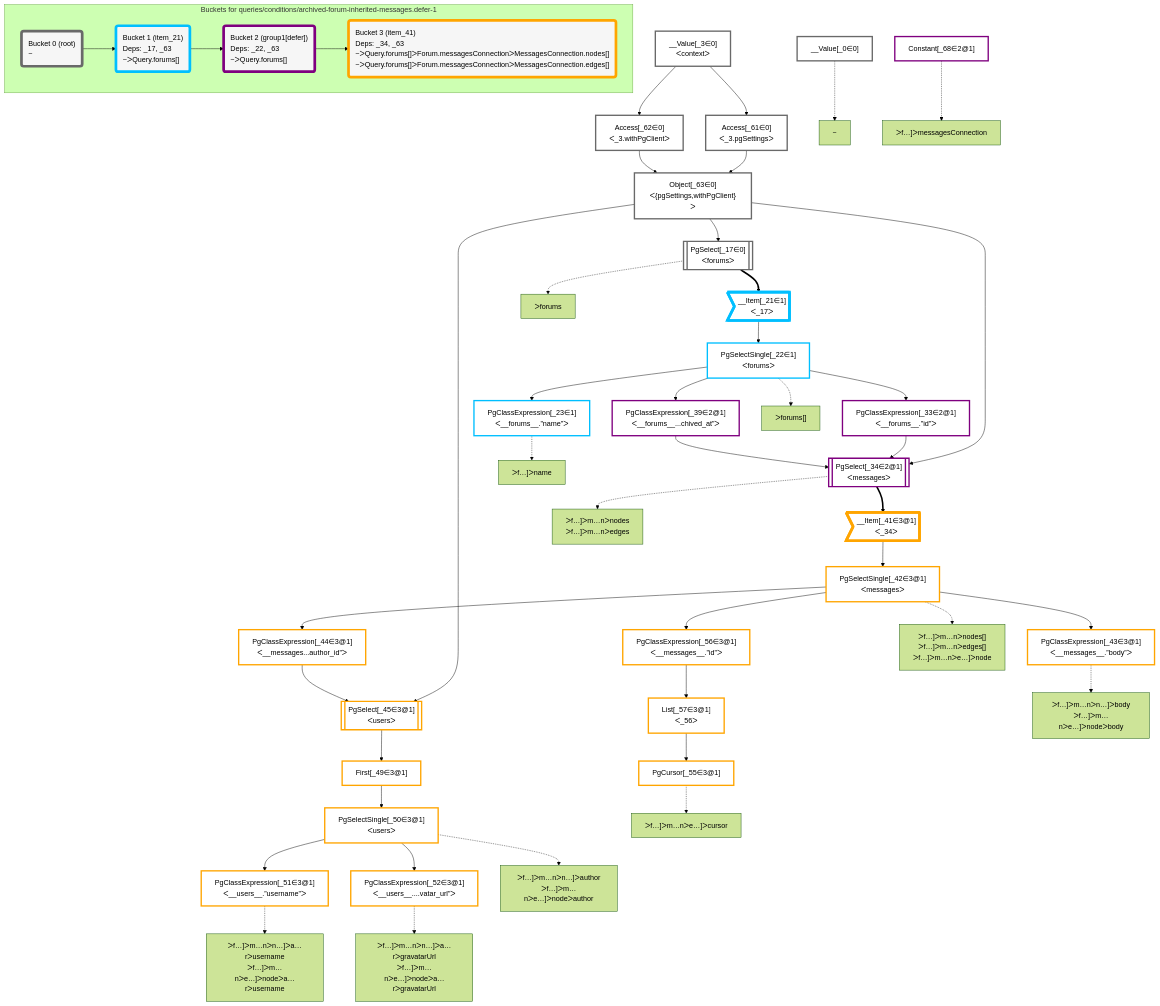
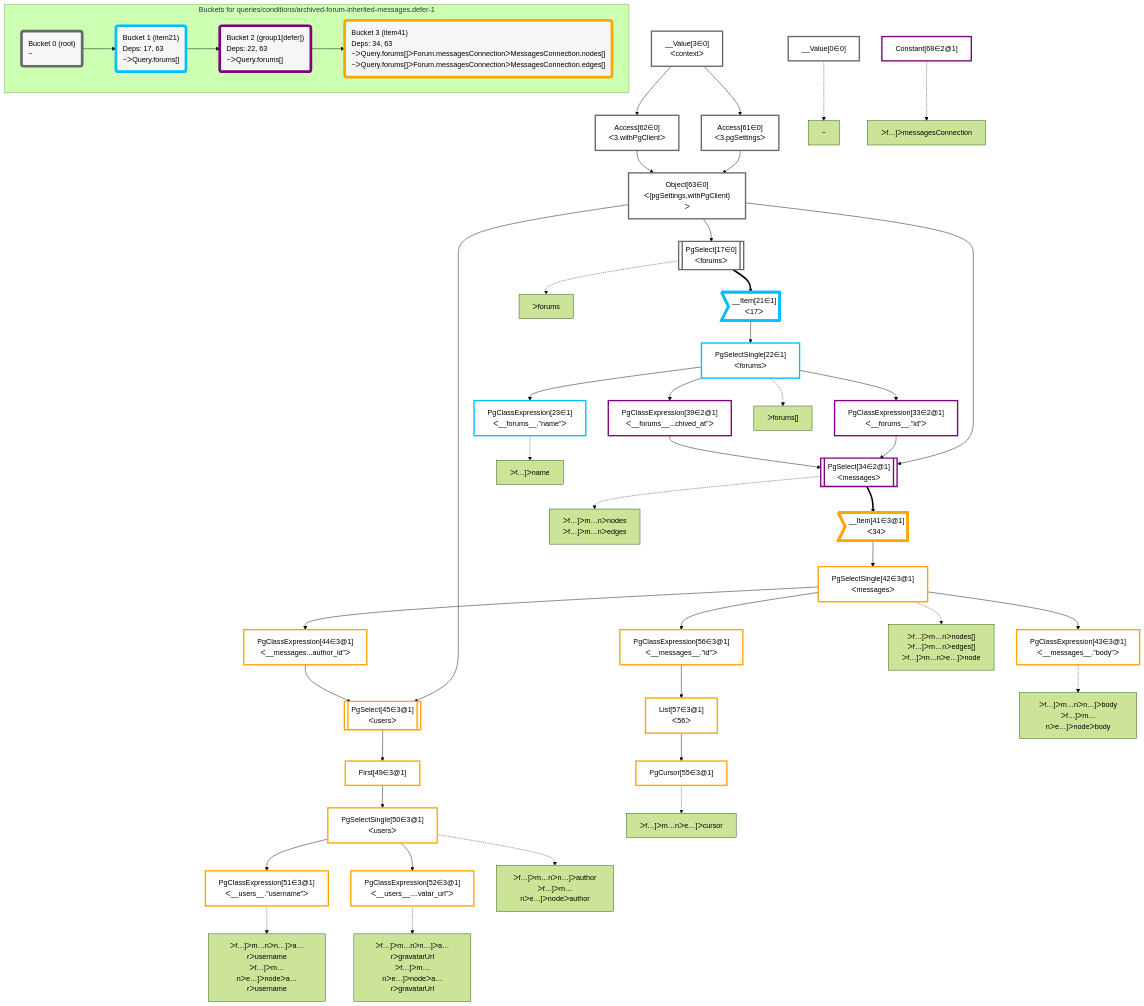
Before and after one commit to graphile/crystal: the diagram in packages/dataplan-pg/__tests__/queries/conditions/archived-forum-inherited-messages.defer-1.deopt.mermaid.md, drawn with Mermaid (forest theme). The commit also changed 195 other files, not shown here.

```diff
--- a/packages/dataplan-pg/__tests__/queries/conditions/archived-forum-inherited-messages.defer-1.deopt.mermaid.md
+++ b/packages/dataplan-pg/__tests__/queries/conditions/archived-forum-inherited-messages.defer-1.deopt.mermaid.md
@@ -8,95 +8,95 @@
 
 
     %% define plans
-    __Value_0["__Value[_0∈0]"]:::plan
-    PgClassExpression_23["PgClassExpression[_23∈1]<br />ᐸ__forums__.”name”ᐳ"]:::plan
-    PgClassExpression_43["PgClassExpression[_43∈3@1]<br />ᐸ__messages__.”body”ᐳ"]:::plan
-    PgClassExpression_51["PgClassExpression[_51∈3@1]<br />ᐸ__users__.”username”ᐳ"]:::plan
-    PgClassExpression_52["PgClassExpression[_52∈3@1]<br />ᐸ__users__....vatar_url”ᐳ"]:::plan
-    PgSelectSingle_50["PgSelectSingle[_50∈3@1]<br />ᐸusersᐳ"]:::plan
-    First_49["First[_49∈3@1]"]:::plan
-    PgSelect_45[["PgSelect[_45∈3@1]<br />ᐸusersᐳ"]]:::plan
-    PgClassExpression_44["PgClassExpression[_44∈3@1]<br />ᐸ__messages...author_id”ᐳ"]:::plan
-    PgCursor_55["PgCursor[_55∈3@1]"]:::plan
-    List_57["List[_57∈3@1]<br />ᐸ_56ᐳ"]:::plan
-    PgClassExpression_56["PgClassExpression[_56∈3@1]<br />ᐸ__messages__.”id”ᐳ"]:::plan
-    PgSelectSingle_42["PgSelectSingle[_42∈3@1]<br />ᐸmessagesᐳ"]:::plan
-    __Item_41>"__Item[_41∈3@1]<br />ᐸ_34ᐳ"]:::itemplan
-    PgSelect_34[["PgSelect[_34∈2@1]<br />ᐸmessagesᐳ"]]:::plan
-    PgClassExpression_33["PgClassExpression[_33∈2@1]<br />ᐸ__forums__.”id”ᐳ"]:::plan
-    PgClassExpression_39["PgClassExpression[_39∈2@1]<br />ᐸ__forums__...chived_at”ᐳ"]:::plan
-    PgSelectSingle_22["PgSelectSingle[_22∈1]<br />ᐸforumsᐳ"]:::plan
-    __Item_21>"__Item[_21∈1]<br />ᐸ_17ᐳ"]:::itemplan
-    PgSelect_17[["PgSelect[_17∈0]<br />ᐸforumsᐳ"]]:::plan
-    Object_63["Object[_63∈0]<br />ᐸ{pgSettings,withPgClient}ᐳ"]:::plan
-    Access_61["Access[_61∈0]<br />ᐸ_3.pgSettingsᐳ"]:::plan
-    Access_62["Access[_62∈0]<br />ᐸ_3.withPgClientᐳ"]:::plan
-    __Value_3["__Value[_3∈0]<br />ᐸcontextᐳ"]:::plan
-    Constant_68["Constant[_68∈2@1]"]:::plan
+    __Value0["__Value[0∈0]"]:::plan
+    PgClassExpression23["PgClassExpression[23∈1]<br />ᐸ__forums__.”name”ᐳ"]:::plan
+    PgClassExpression43["PgClassExpression[43∈3@1]<br />ᐸ__messages__.”body”ᐳ"]:::plan
+    PgClassExpression51["PgClassExpression[51∈3@1]<br />ᐸ__users__.”username”ᐳ"]:::plan
+    PgClassExpression52["PgClassExpression[52∈3@1]<br />ᐸ__users__....vatar_url”ᐳ"]:::plan
+    PgSelectSingle50["PgSelectSingle[50∈3@1]<br />ᐸusersᐳ"]:::plan
+    First49["First[49∈3@1]"]:::plan
+    PgSelect45[["PgSelect[45∈3@1]<br />ᐸusersᐳ"]]:::plan
+    PgClassExpression44["PgClassExpression[44∈3@1]<br />ᐸ__messages...author_id”ᐳ"]:::plan
+    PgCursor55["PgCursor[55∈3@1]"]:::plan
+    List57["List[57∈3@1]<br />ᐸ56ᐳ"]:::plan
+    PgClassExpression56["PgClassExpression[56∈3@1]<br />ᐸ__messages__.”id”ᐳ"]:::plan
+    PgSelectSingle42["PgSelectSingle[42∈3@1]<br />ᐸmessagesᐳ"]:::plan
+    __Item41>"__Item[41∈3@1]<br />ᐸ34ᐳ"]:::itemplan
+    PgSelect34[["PgSelect[34∈2@1]<br />ᐸmessagesᐳ"]]:::plan
+    PgClassExpression33["PgClassExpression[33∈2@1]<br />ᐸ__forums__.”id”ᐳ"]:::plan
+    PgClassExpression39["PgClassExpression[39∈2@1]<br />ᐸ__forums__...chived_at”ᐳ"]:::plan
+    PgSelectSingle22["PgSelectSingle[22∈1]<br />ᐸforumsᐳ"]:::plan
+    __Item21>"__Item[21∈1]<br />ᐸ17ᐳ"]:::itemplan
+    PgSelect17[["PgSelect[17∈0]<br />ᐸforumsᐳ"]]:::plan
+    Object63["Object[63∈0]<br />ᐸ{pgSettings,withPgClient}ᐳ"]:::plan
+    Access61["Access[61∈0]<br />ᐸ3.pgSettingsᐳ"]:::plan
+    Access62["Access[62∈0]<br />ᐸ3.withPgClientᐳ"]:::plan
+    __Value3["__Value[3∈0]<br />ᐸcontextᐳ"]:::plan
+    Constant68["Constant[68∈2@1]"]:::plan
 
     %% plan dependencies
-    PgSelectSingle_22 --> PgClassExpression_23
-    PgSelectSingle_42 --> PgClassExpression_43
-    PgSelectSingle_50 --> PgClassExpression_51
-    PgSelectSingle_50 --> PgClassExpression_52
-    First_49 --> PgSelectSingle_50
-    PgSelect_45 --> First_49
-    Object_63 & PgClassExpression_44 --> PgSelect_45
-    PgSelectSingle_42 --> PgClassExpression_44
-    List_57 --> PgCursor_55
-    PgClassExpression_56 --> List_57
-    PgSelectSingle_42 --> PgClassExpression_56
-    __Item_41 --> PgSelectSingle_42
-    PgSelect_34 ==> __Item_41
-    Object_63 & PgClassExpression_33 & PgClassExpression_39 --> PgSelect_34
-    PgSelectSingle_22 --> PgClassExpression_33
-    PgSelectSingle_22 --> PgClassExpression_39
-    __Item_21 --> PgSelectSingle_22
-    PgSelect_17 ==> __Item_21
-    Object_63 --> PgSelect_17
-    Access_61 & Access_62 --> Object_63
-    __Value_3 --> Access_61
-    __Value_3 --> Access_62
+    PgSelectSingle22 --> PgClassExpression23
+    PgSelectSingle42 --> PgClassExpression43
+    PgSelectSingle50 --> PgClassExpression51
+    PgSelectSingle50 --> PgClassExpression52
+    First49 --> PgSelectSingle50
+    PgSelect45 --> First49
+    Object63 & PgClassExpression44 --> PgSelect45
+    PgSelectSingle42 --> PgClassExpression44
+    List57 --> PgCursor55
+    PgClassExpression56 --> List57
+    PgSelectSingle42 --> PgClassExpression56
+    __Item41 --> PgSelectSingle42
+    PgSelect34 ==> __Item41
+    Object63 & PgClassExpression33 & PgClassExpression39 --> PgSelect34
+    PgSelectSingle22 --> PgClassExpression33
+    PgSelectSingle22 --> PgClassExpression39
+    __Item21 --> PgSelectSingle22
+    PgSelect17 ==> __Item21
+    Object63 --> PgSelect17
+    Access61 & Access62 --> Object63
+    __Value3 --> Access61
+    __Value3 --> Access62
 
     %% plan-to-path relationships
-    P_0["~"]
-    __Value_0 -.-> P_0
-    P_17["ᐳforums"]
-    PgSelect_17 -.-> P_17
-    P_22["ᐳforums[]"]
-    PgSelectSingle_22 -.-> P_22
-    P_23["ᐳf…]ᐳname"]
-    PgClassExpression_23 -.-> P_23
-    P_34["ᐳf…]ᐳm…nᐳnodes<br />ᐳf…]ᐳm…nᐳedges"]
-    PgSelect_34 -.-> P_34
-    P_42["ᐳf…]ᐳm…nᐳnodes[]<br />ᐳf…]ᐳm…nᐳedges[]<br />ᐳf…]ᐳm…nᐳe…]ᐳnode"]
-    PgSelectSingle_42 -.-> P_42
-    P_43["ᐳf…]ᐳm…nᐳn…]ᐳbody<br />ᐳf…]ᐳm…nᐳe…]ᐳnodeᐳbody"]
-    PgClassExpression_43 -.-> P_43
-    P_50["ᐳf…]ᐳm…nᐳn…]ᐳauthor<br />ᐳf…]ᐳm…nᐳe…]ᐳnodeᐳauthor"]
-    PgSelectSingle_50 -.-> P_50
-    P_51["ᐳf…]ᐳm…nᐳn…]ᐳa…rᐳusername<br />ᐳf…]ᐳm…nᐳe…]ᐳnodeᐳa…rᐳusername"]
-    PgClassExpression_51 -.-> P_51
-    P_52["ᐳf…]ᐳm…nᐳn…]ᐳa…rᐳgravatarUrl<br />ᐳf…]ᐳm…nᐳe…]ᐳnodeᐳa…rᐳgravatarUrl"]
-    PgClassExpression_52 -.-> P_52
-    P_55["ᐳf…]ᐳm…nᐳe…]ᐳcursor"]
-    PgCursor_55 -.-> P_55
-    P_68["ᐳf…]ᐳmessagesConnection"]
-    Constant_68 -.-> P_68
+    P0["~"]
+    __Value0 -.-> P0
+    P17["ᐳforums"]
+    PgSelect17 -.-> P17
+    P22["ᐳforums[]"]
+    PgSelectSingle22 -.-> P22
+    P23["ᐳf…]ᐳname"]
+    PgClassExpression23 -.-> P23
+    P34["ᐳf…]ᐳm…nᐳnodes<br />ᐳf…]ᐳm…nᐳedges"]
+    PgSelect34 -.-> P34
+    P42["ᐳf…]ᐳm…nᐳnodes[]<br />ᐳf…]ᐳm…nᐳedges[]<br />ᐳf…]ᐳm…nᐳe…]ᐳnode"]
+    PgSelectSingle42 -.-> P42
+    P43["ᐳf…]ᐳm…nᐳn…]ᐳbody<br />ᐳf…]ᐳm…nᐳe…]ᐳnodeᐳbody"]
+    PgClassExpression43 -.-> P43
+    P50["ᐳf…]ᐳm…nᐳn…]ᐳauthor<br />ᐳf…]ᐳm…nᐳe…]ᐳnodeᐳauthor"]
+    PgSelectSingle50 -.-> P50
+    P51["ᐳf…]ᐳm…nᐳn…]ᐳa…rᐳusername<br />ᐳf…]ᐳm…nᐳe…]ᐳnodeᐳa…rᐳusername"]
+    PgClassExpression51 -.-> P51
+    P52["ᐳf…]ᐳm…nᐳn…]ᐳa…rᐳgravatarUrl<br />ᐳf…]ᐳm…nᐳe…]ᐳnodeᐳa…rᐳgravatarUrl"]
+    PgClassExpression52 -.-> P52
+    P55["ᐳf…]ᐳm…nᐳe…]ᐳcursor"]
+    PgCursor55 -.-> P55
+    P68["ᐳf…]ᐳmessagesConnection"]
+    Constant68 -.-> P68
 
     subgraph "Buckets for queries/conditions/archived-forum-inherited-messages.defer-1"
     Bucket0("Bucket 0 (root)<br />~"):::bucket
     classDef bucket0 stroke:#696969
-    class Bucket0,__Value_0,__Value_3,PgSelect_17,Access_61,Access_62,Object_63 bucket0
-    Bucket1("Bucket 1 (item_21)<br />Deps: _17, _63<br />~ᐳQuery.forums[]"):::bucket
+    class Bucket0,__Value0,__Value3,PgSelect17,Access61,Access62,Object63 bucket0
+    Bucket1("Bucket 1 (item21)<br />Deps: 17, 63<br />~ᐳQuery.forums[]"):::bucket
     classDef bucket1 stroke:#00bfff
-    class Bucket1,__Item_21,PgSelectSingle_22,PgClassExpression_23 bucket1
-    Bucket2("Bucket 2 (group1[defer])<br />Deps: _22, _63<br />~ᐳQuery.forums[]"):::bucket
+    class Bucket1,__Item21,PgSelectSingle22,PgClassExpression23 bucket1
+    Bucket2("Bucket 2 (group1[defer])<br />Deps: 22, 63<br />~ᐳQuery.forums[]"):::bucket
     classDef bucket2 stroke:#7f007f
-    class Bucket2,PgClassExpression_33,PgSelect_34,PgClassExpression_39,Constant_68 bucket2
-    Bucket3("Bucket 3 (item_41)<br />Deps: _34, _63<br />~ᐳQuery.forums[]ᐳForum.messagesConnectionᐳMessagesConnection.nodes[]<br />~ᐳQuery.forums[]ᐳForum.messagesConnectionᐳMessagesConnection.edges[]"):::bucket
+    class Bucket2,PgClassExpression33,PgSelect34,PgClassExpression39,Constant68 bucket2
+    Bucket3("Bucket 3 (item41)<br />Deps: 34, 63<br />~ᐳQuery.forums[]ᐳForum.messagesConnectionᐳMessagesConnection.nodes[]<br />~ᐳQuery.forums[]ᐳForum.messagesConnectionᐳMessagesConnection.edges[]"):::bucket
     classDef bucket3 stroke:#ffa500
-    class Bucket3,__Item_41,PgSelectSingle_42,PgClassExpression_43,PgClassExpression_44,PgSelect_45,First_49,PgSelectSingle_50,PgClassExpression_51,PgClassExpression_52,PgCursor_55,PgClassExpression_56,List_57 bucket3
+    class Bucket3,__Item41,PgSelectSingle42,PgClassExpression43,PgClassExpression44,PgSelect45,First49,PgSelectSingle50,PgClassExpression51,PgClassExpression52,PgCursor55,PgClassExpression56,List57 bucket3
     Bucket0 --> Bucket1
     Bucket1 --> Bucket2
     Bucket2 --> Bucket3
```
